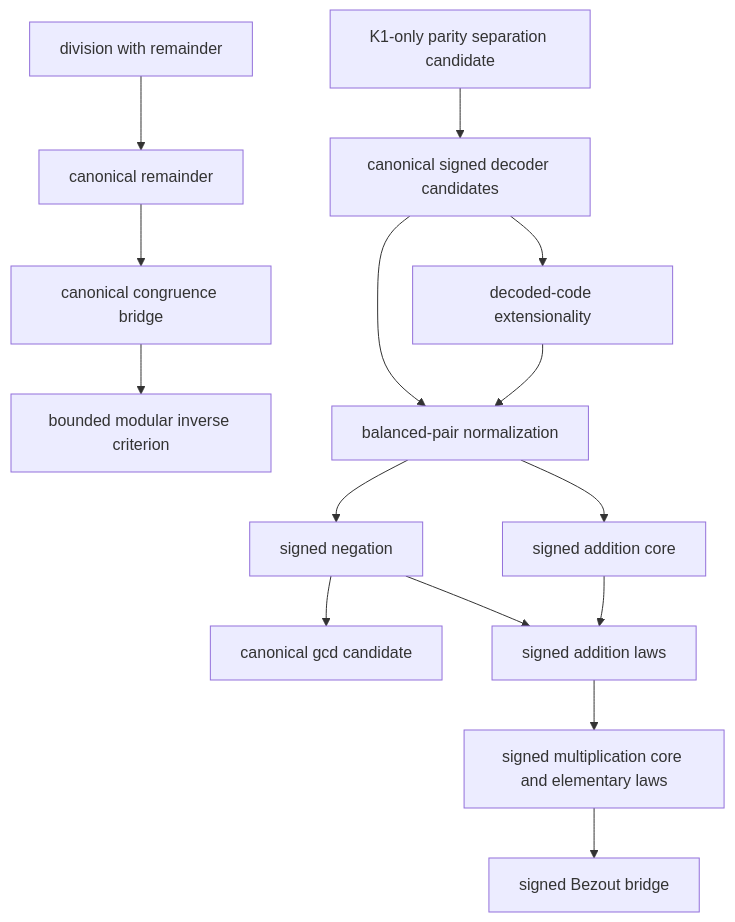
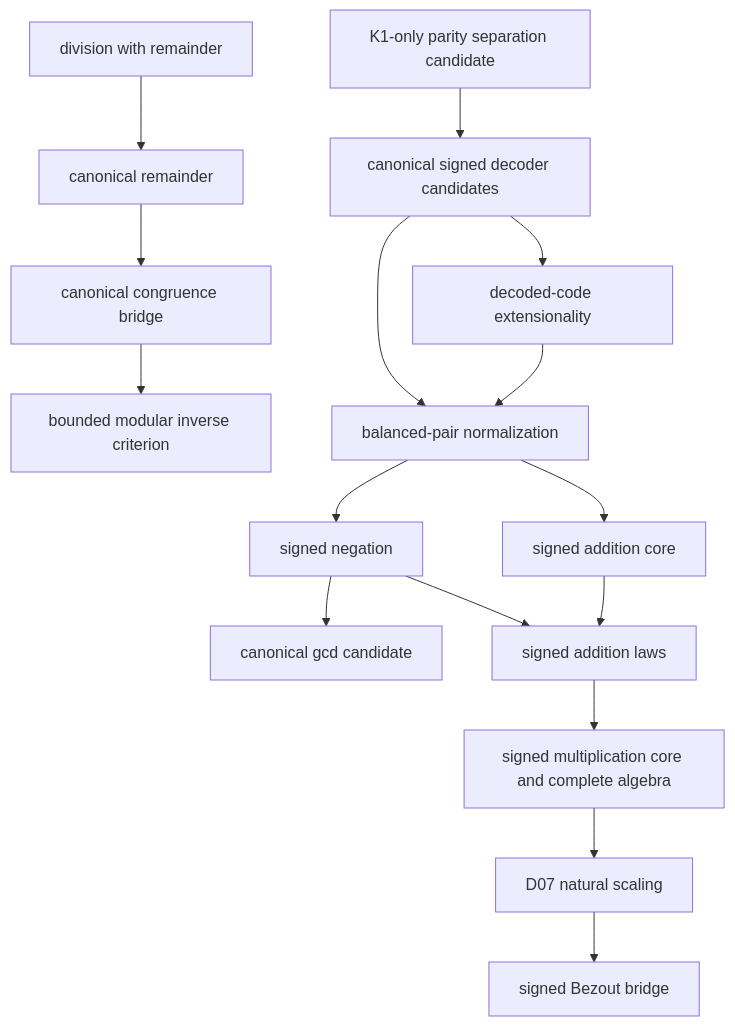
The diagram in vault/concepts/strict-ha-number-theory-campaign.md (nasqret/vietnam2026), drawn with Mermaid before and after one commit. The commit also changed other lines of this file and 13 other files, not shown here.

Commit message:
Close strict HA SignedMul algebra

````diff
--- a/vault/concepts/strict-ha-number-theory-campaign.md
+++ b/vault/concepts/strict-ha-number-theory-campaign.md
@@ -31,17 +35,18 @@
 ```mermaid
 flowchart TD
   D[division with remainder] --> R[canonical remainder]
   R --> C[canonical congruence bridge]
   C --> I[bounded modular inverse criterion]
   G[relational IsGCD] --> CG[canonical gcd candidate]
   P[K1-only parity separation candidate] --> S[canonical signed decoder candidates]
   S --> E[decoded-code extensionality]
   S --> N[balanced-pair normalization]
   E --> N
   N --> G[signed negation]
   N --> A[signed addition core]
   G --> L[signed addition laws]
   A --> L
-  L --> M[signed multiplication core and elementary laws]
-  M --> B[signed Bezout bridge]
+  L --> M[signed multiplication core and complete algebra]
+  M --> D7[D07 natural scaling]
+  D7 --> B[signed Bezout bridge]
 ```
````
